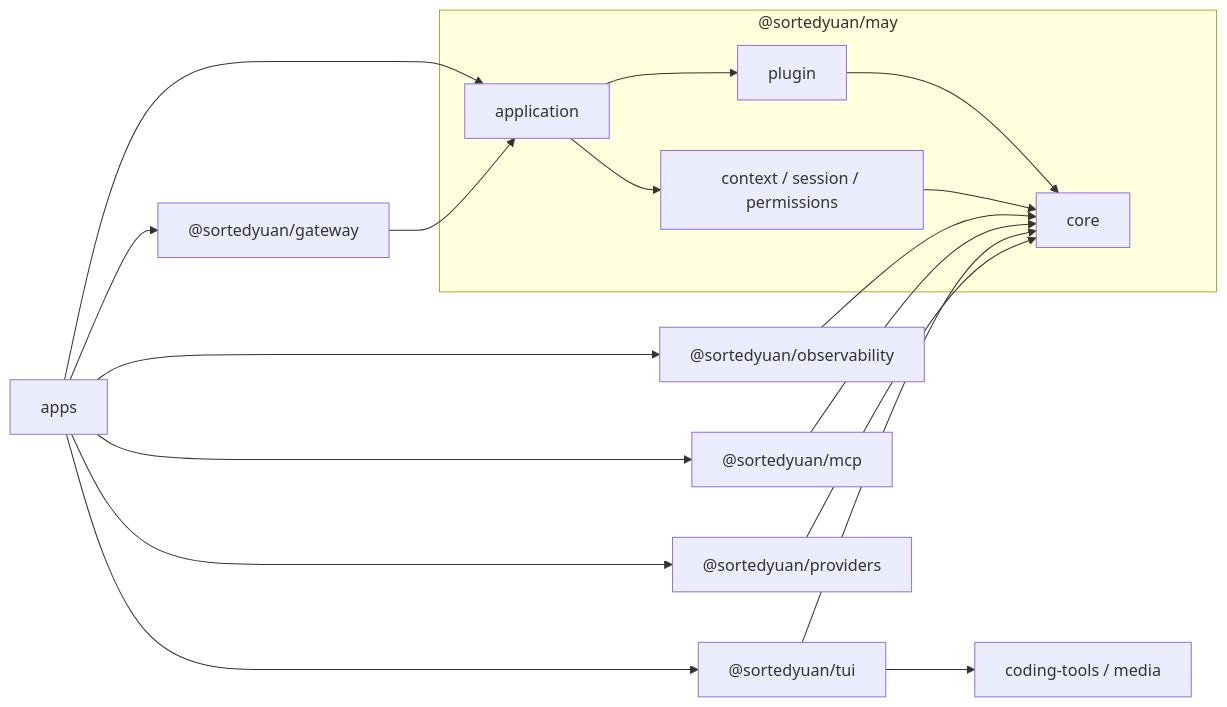
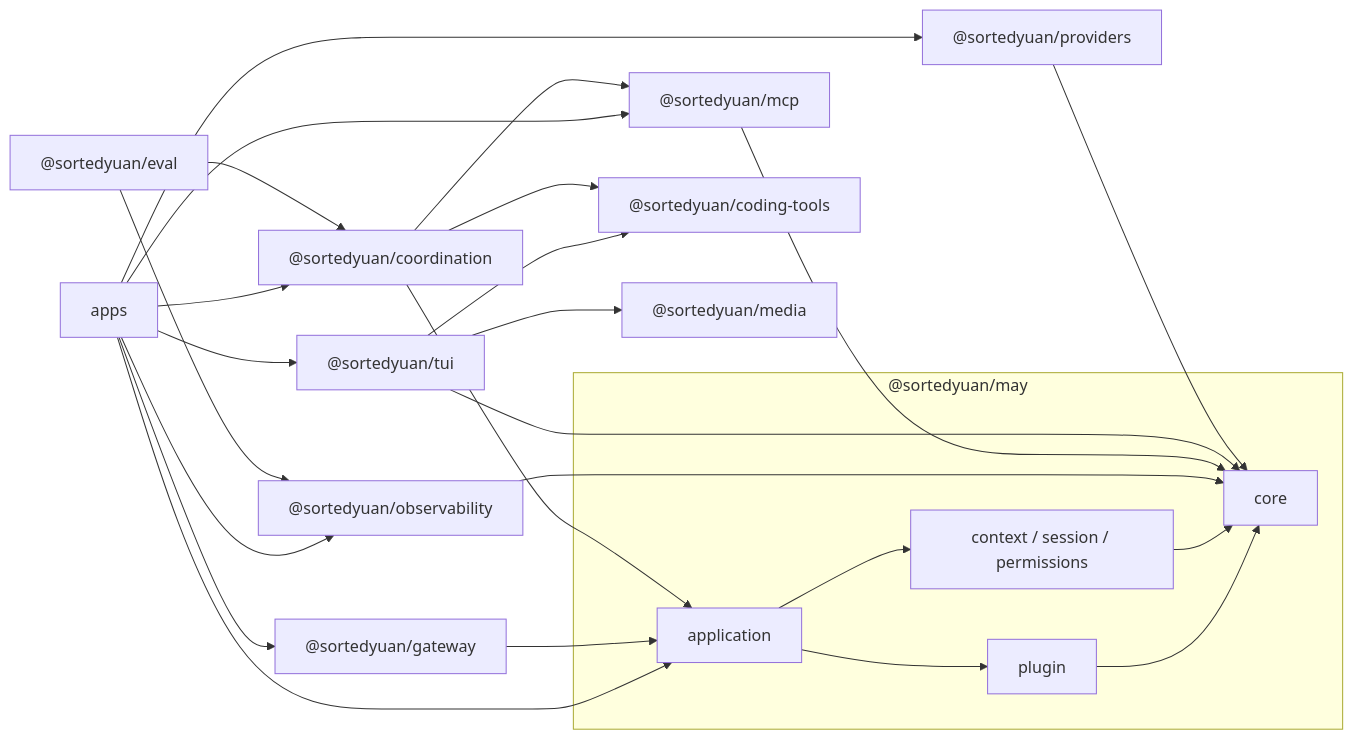
One commit to qiuyaodawo/May changed the second of 2 diagrams in docs/en/architecture/runtime-session.md. Above: the diagram before and after it, drawn with Mermaid. The commit also changed other lines of this file and 199 other files, not shown here.

````diff
--- a/docs/en/architecture/runtime-session.md
+++ b/docs/en/architecture/runtime-session.md
@@ -49,21 +70,28 @@
 ```mermaid
 flowchart LR
   subgraph May["@sortedyuan/may"]
     Application[application] --> Plugin[plugin]
     Application --> Components[context / session / permissions]
     Plugin --> Core[core]
     Components --> Core
   end
   Apps[apps] --> Application
   Apps --> Observability["@sortedyuan/observability"]
   Observability --> Core
   Apps --> MCP["@sortedyuan/mcp"]
   MCP --> Core
   Apps --> TUI["@sortedyuan/tui"]
   TUI --> Core
-  TUI --> Terminal[coding-tools / media]
+  TUI --> CodingTools["@sortedyuan/coding-tools"]
+  TUI --> Media["@sortedyuan/media"]
   Apps --> Providers["@sortedyuan/providers"]
   Providers --> Core
   Apps --> Gateway["@sortedyuan/gateway"]
   Gateway --> Application
+  Apps --> Coordination["@sortedyuan/coordination"]
+  Coordination --> Application
+  Coordination --> CodingTools
+  Coordination --> MCP
+  Eval["@sortedyuan/eval"] --> Coordination
+  Eval --> Observability
 ```
````
